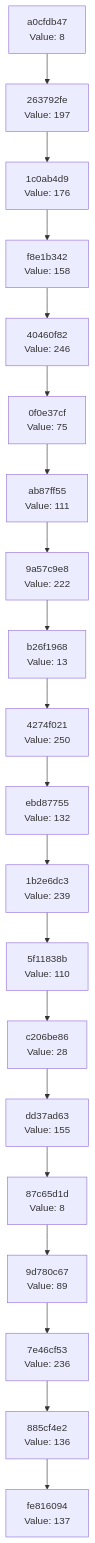
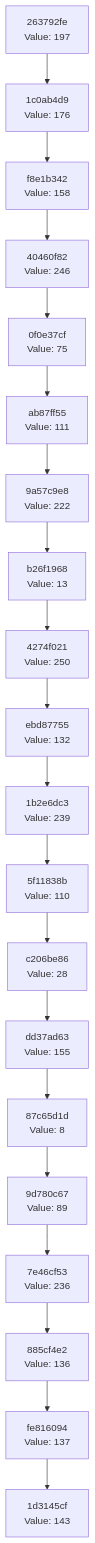
One commit to Abhisheksinha1506/hash-chain-evolver changed the diagram in docs/CHAIN_VISUALIZATION.md. Above: the diagram before and after it, drawn with Mermaid. The commit also changed 2 other files, not shown here.

Commit message:
Evolution step: hash 0x8F → action executed

````diff
--- a/docs/CHAIN_VISUALIZATION.md
+++ b/docs/CHAIN_VISUALIZATION.md
@@ -3,42 +3,42 @@
 ```mermaid
 graph TD
-    C0["fe816094<br/>Value: 137"]
-    C1["885cf4e2<br/>Value: 136"]
+    C0["1d3145cf<br/>Value: 143"]
+    C1["fe816094<br/>Value: 137"]
     C1 --> C0
-    C2["7e46cf53<br/>Value: 236"]
+    C2["885cf4e2<br/>Value: 136"]
     C2 --> C1
-    C3["9d780c67<br/>Value: 89"]
+    C3["7e46cf53<br/>Value: 236"]
     C3 --> C2
-    C4["87c65d1d<br/>Value: 8"]
+    C4["9d780c67<br/>Value: 89"]
     C4 --> C3
-    C5["dd37ad63<br/>Value: 155"]
+    C5["87c65d1d<br/>Value: 8"]
     C5 --> C4
-    C6["c206be86<br/>Value: 28"]
+    C6["dd37ad63<br/>Value: 155"]
     C6 --> C5
-    C7["5f11838b<br/>Value: 110"]
+    C7["c206be86<br/>Value: 28"]
     C7 --> C6
-    C8["1b2e6dc3<br/>Value: 239"]
+    C8["5f11838b<br/>Value: 110"]
     C8 --> C7
-    C9["ebd87755<br/>Value: 132"]
+    C9["1b2e6dc3<br/>Value: 239"]
     C9 --> C8
-    C10["4274f021<br/>Value: 250"]
+    C10["ebd87755<br/>Value: 132"]
     C10 --> C9
-    C11["b26f1968<br/>Value: 13"]
+    C11["4274f021<br/>Value: 250"]
     C11 --> C10
-    C12["9a57c9e8<br/>Value: 222"]
+    C12["b26f1968<br/>Value: 13"]
     C12 --> C11
-    C13["ab87ff55<br/>Value: 111"]
+    C13["9a57c9e8<br/>Value: 222"]
     C13 --> C12
-    C14["0f0e37cf<br/>Value: 75"]
+    C14["ab87ff55<br/>Value: 111"]
     C14 --> C13
-    C15["40460f82<br/>Value: 246"]
+    C15["0f0e37cf<br/>Value: 75"]
     C15 --> C14
-    C16["f8e1b342<br/>Value: 158"]
+    C16["40460f82<br/>Value: 246"]
     C16 --> C15
-    C17["1c0ab4d9<br/>Value: 176"]
+    C17["f8e1b342<br/>Value: 158"]
     C17 --> C16
-    C18["263792fe<br/>Value: 197"]
+    C18["1c0ab4d9<br/>Value: 176"]
     C18 --> C17
-    C19["a0cfdb47<br/>Value: 8"]
+    C19["263792fe<br/>Value: 197"]
     C19 --> C18
 ```
````
